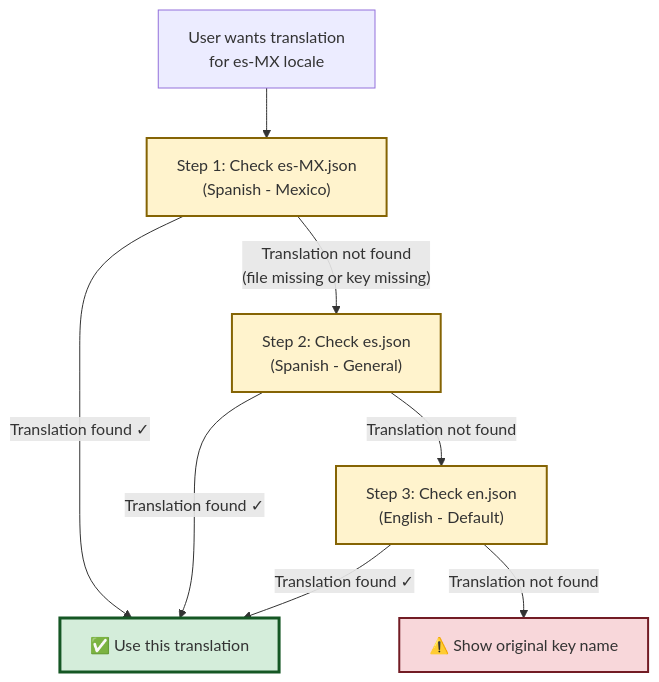
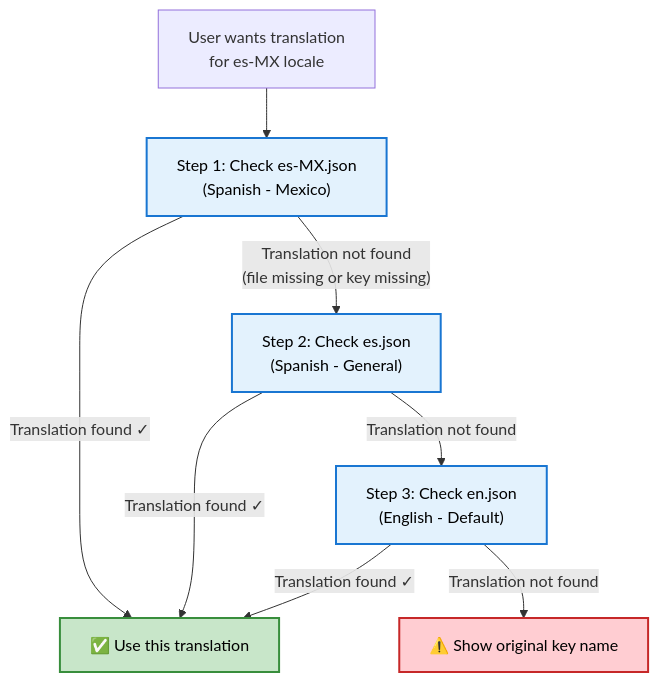
One commit to ingdas/suprsend-documentation changed the diagram in docs/translations.mdx. Above: the diagram before and after it, drawn with Mermaid.

Commit message:
change chart color

````diff
--- a/docs/translations.mdx
+++ b/docs/translations.mdx
@@ -72,16 +72,16 @@
 ```mermaid
 flowchart TD
     Start["User wants translation<br/>for es-MX locale"] --> Step1["Step 1: Check es-MX.json<br/>(Spanish - Mexico)"]
     Step1 -->|"Translation found ✓"| Success["✅ Use this translation"]
     Step1 -->|"Translation not found<br/>(file missing or key missing)"| Step2["Step 2: Check es.json<br/>(Spanish - General)"]
     Step2 -->|"Translation found ✓"| Success
     Step2 -->|"Translation not found"| Step3["Step 3: Check en.json<br/>(English - Default)"]
     Step3 -->|"Translation found ✓"| Success
     Step3 -->|"Translation not found"| Fallback["⚠️ Show original key name"]
     
-    style Step1 fill:#fff3cd,stroke:#856404,stroke-width:2px
-    style Step2 fill:#fff3cd,stroke:#856404,stroke-width:2px
-    style Step3 fill:#fff3cd,stroke:#856404,stroke-width:2px
-    style Success fill:#d4edda,stroke:#155724,stroke-width:3px
-    style Fallback fill:#f8d7da,stroke:#721c24,stroke-width:2px
+    style Step1 fill:#e3f2fd,stroke:#1976d2,stroke-width:2px,color:#000
+    style Step2 fill:#e3f2fd,stroke:#1976d2,stroke-width:2px,color:#000
+    style Step3 fill:#e3f2fd,stroke:#1976d2,stroke-width:2px,color:#000
+    style Success fill:#c8e6c9,stroke:#388e3c,stroke-width:2px,color:#000
+    style Fallback fill:#ffcdd2,stroke:#c62828,stroke-width:2px,color:#000
 ```
````
